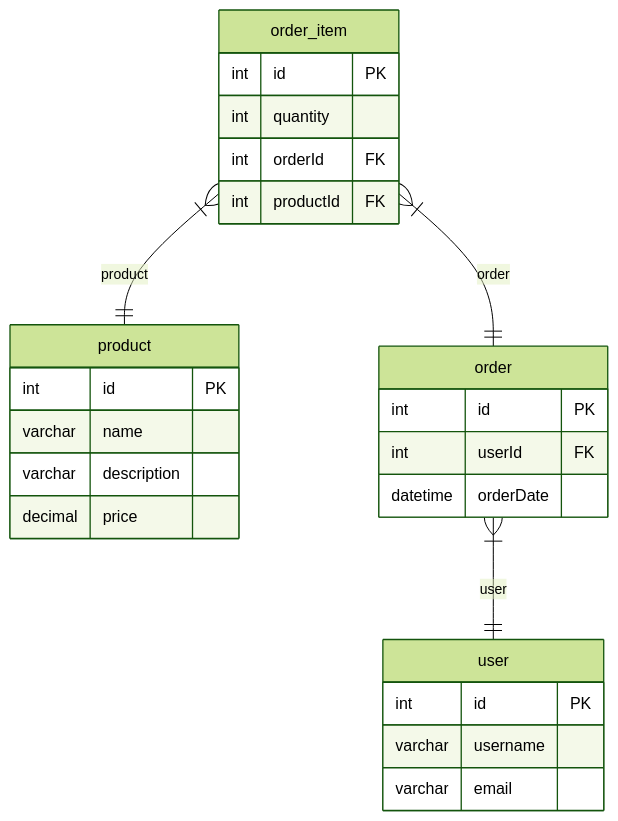
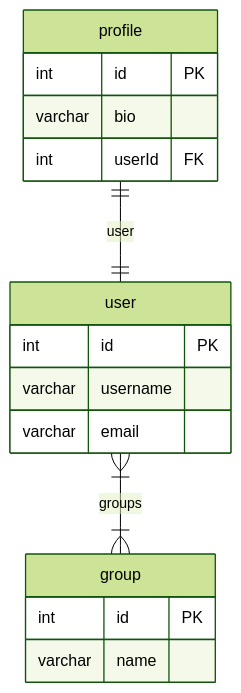
The second of 3 diagrams in test/test-nestjs-app/docs/mysql-erd.md (hermin9804/typeorm-markdown-generator), drawn with Mermaid (forest theme) before and after one commit. The commit also changed other lines of this file and 5 other files, not shown here.

````diff
--- a/test/test-nestjs-app/docs/mysql-erd.md
+++ b/test/test-nestjs-app/docs/mysql-erd.md
@@ -117,28 +75,19 @@
 ```mermaid
 erDiagram
-  product {
+  profile {
+    int id PK
+    varchar bio
+    int userId FK
+  }
+  group {
     int id PK
     varchar name
-    varchar description
-    decimal price
-  }
-  order_item {
-    int id PK
-    int quantity
-    int orderId FK
-    int productId FK
-  }
-  order {
-    int id PK
-    int userId FK
-    datetime orderDate
   }
   user {
     int id PK
     varchar username
     varchar email
   }
-  order_item }|--|| order: order
-  order_item }|--|| product: product
-  order }|--|| user: user
+  profile ||--|| user: user
+  user }|--|{ group: groups
 ```
````
